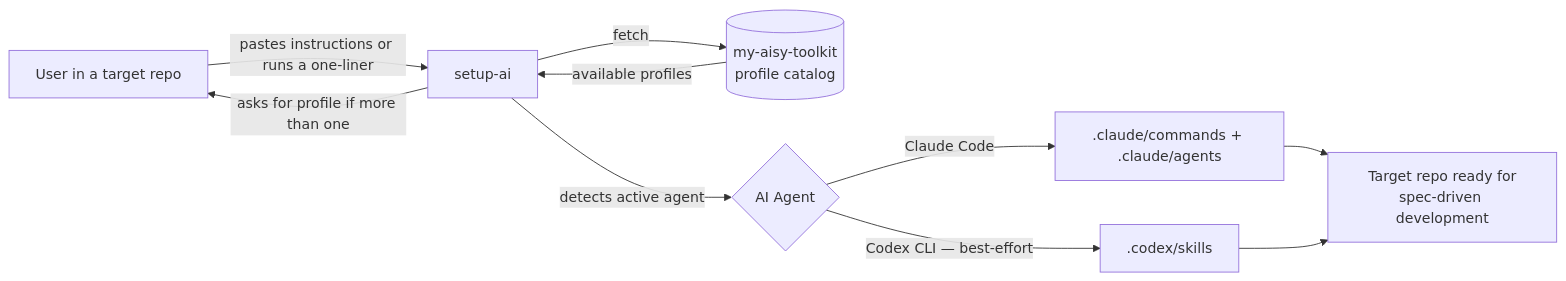
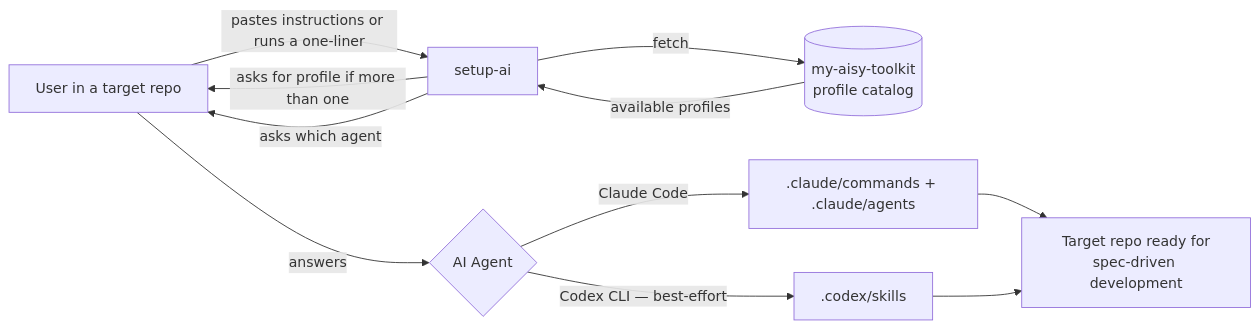
The diagram in specs/product-spec.md (charlstown/my-aisy-toolkit), drawn with Mermaid before and after one commit. The commit also changed other lines of this file and 14 other files, not shown here.

````diff
--- a/specs/product-spec.md
+++ b/specs/product-spec.md
@@ -40,12 +40,13 @@
 ```mermaid
 flowchart LR
     U[User in a target repo] -->|pastes instructions or runs a one-liner| S[setup-ai]
     S -->|fetch| CAT[(my-aisy-toolkit<br/>profile catalog)]
     CAT -->|available profiles| S
     S -->|asks for profile if more than one| U
-    S -->|detects active agent| AG{AI Agent}
+    S -->|asks which agent| U
+    U -->|answers| AG{AI Agent}
     AG -->|Claude Code| CC[".claude/commands + .claude/agents"]
     AG -->|Codex CLI — best-effort| CX[".codex/skills"]
     CC --> D[Target repo ready for<br/>spec-driven development]
     CX --> D
 ```
````
